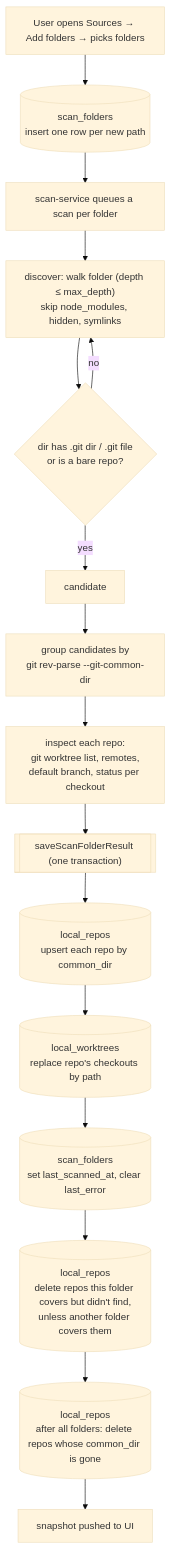
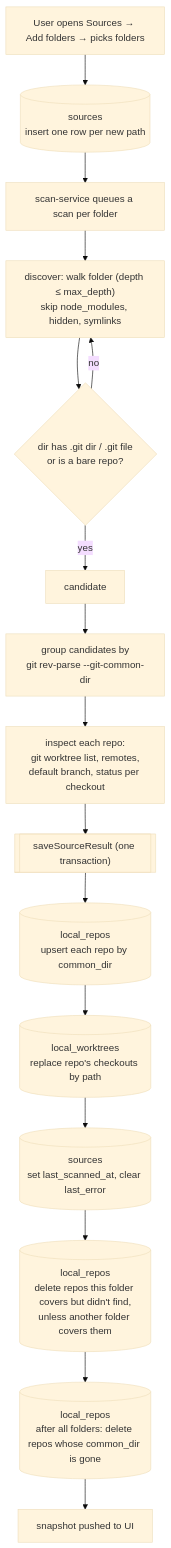
The second of 3 diagrams in src/main/local-repos/db/tables/README.md (idotalmor/the-garage-desktop-rn), drawn with Mermaid (base theme) before and after one commit. The commit also changed other lines of this file and 16 other files, not shown here.

Commit message:
Rename scan_folders to sources

````diff
--- a/src/main/local-repos/db/tables/README.md
+++ b/src/main/local-repos/db/tables/README.md
@@ -85,18 +85,18 @@
 ```mermaid
 flowchart TD
-  A[User opens Sources → Add folders → picks folders] --> B[(scan_folders<br/>insert one row per new path)]
+  A[User opens Sources → Add folders → picks folders] --> B[(sources<br/>insert one row per new path)]
   B --> C[scan-service queues a scan per folder]
   C --> D["discover: walk folder (depth ≤ max_depth)<br/>skip node_modules, hidden, symlinks"]
   D --> E{"dir has .git dir / .git file<br/>or is a bare repo?"}
   E -- no --> D
   E -- yes --> F[candidate]
   F --> G["group candidates by<br/>git rev-parse --git-common-dir"]
   G --> H["inspect each repo:<br/>git worktree list, remotes,<br/>default branch, status per checkout"]
-  H --> I[["saveScanFolderResult (one transaction)"]]
+  H --> I[["saveSourceResult (one transaction)"]]
   I --> I2[(local_repos<br/>upsert each repo by common_dir)]
   I2 --> I4[(local_worktrees<br/>replace repo's checkouts by path)]
-  I4 --> I5[(scan_folders<br/>set last_scanned_at, clear last_error)]
+  I4 --> I5[(sources<br/>set last_scanned_at, clear last_error)]
   I5 --> I6[(local_repos<br/>delete repos this folder covers but didn't find,<br/>unless another folder covers them)]
   I6 --> I7[(local_repos<br/>after all folders: delete repos whose common_dir is gone)]
   I7 --> J[snapshot pushed to UI]
 ```
````
